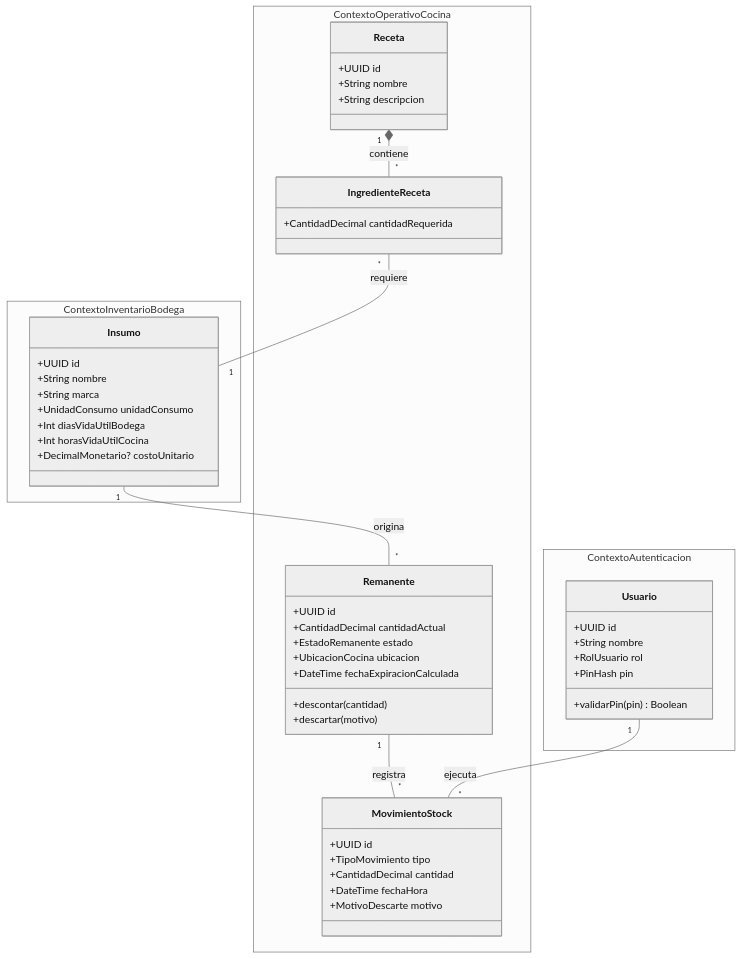
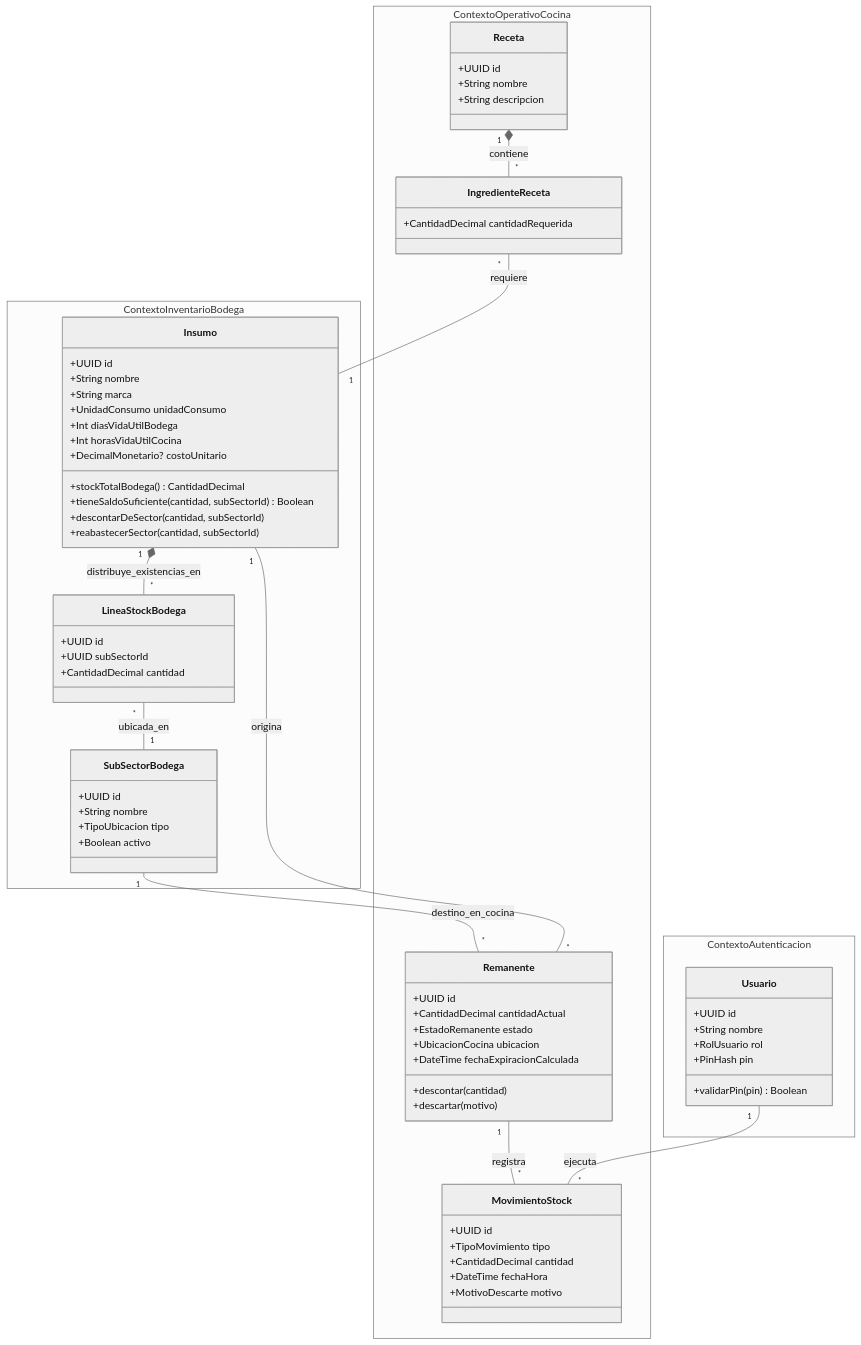
The first of 2 diagrams in docs/02_architecture_design/03_domain_model.md (LIDR-academy/AI4Devs-finalproject), drawn with Mermaid (neutral theme) before and after one commit. The commit also changed other lines of this file and 19 other files, not shown here.

First line of the commit message:
docs(planning): US-025 warehouse multi-sub-sector stock + US-016 spec close [skip-tk]

````diff
--- a/docs/02_architecture_design/03_domain_model.md
+++ b/docs/02_architecture_design/03_domain_model.md
@@ -19,60 +19,80 @@
 ```mermaid
 classDiagram
     namespace ContextoAutenticacion {
         class Usuario {
             +UUID id
             +String nombre
             +RolUsuario rol
             +PinHash pin
             +validarPin(pin) Boolean
         }
     }
 
     namespace ContextoInventarioBodega {
         class Insumo {
             +UUID id
             +String nombre
             +String marca
             +UnidadConsumo unidadConsumo
             +Int diasVidaUtilBodega
             +Int horasVidaUtilCocina
             +DecimalMonetario? costoUnitario
+            +stockTotalBodega() CantidadDecimal
+            +tieneSaldoSuficiente(cantidad, subSectorId) Boolean
+            +descontarDeSector(cantidad, subSectorId)
+            +reabastecerSector(cantidad, subSectorId)
+        }
+
+        class LineaStockBodega {
+            +UUID id
+            +UUID subSectorId
+            +CantidadDecimal cantidad
+        }
+
+        class SubSectorBodega {
+            +UUID id
+            +String nombre
+            +TipoUbicacion tipo
+            +Boolean activo
         }
     }
 
     namespace ContextoOperativoCocina {
         class Remanente {
             +UUID id
             +CantidadDecimal cantidadActual
             +EstadoRemanente estado
             +UbicacionCocina ubicacion
             +DateTime fechaExpiracionCalculada
             +descontar(cantidad)
             +descartar(motivo)
         }
 
         class Receta {
             +UUID id
             +String nombre
             +String descripcion
         }
 
         class IngredienteReceta {
             +CantidadDecimal cantidadRequerida
         }
 
         class MovimientoStock {
             +UUID id
             +TipoMovimiento tipo
             +CantidadDecimal cantidad
             +DateTime fechaHora
             +MotivoDescarte motivo
         }
     }
 
+    Insumo "1" *-- "*" LineaStockBodega : distribuye_existencias_en
+    LineaStockBodega "*" -- "1" SubSectorBodega : ubicada_en
+    SubSectorBodega "1" -- "*" Remanente : destino_en_cocina
     Insumo "1" -- "*" Remanente : origina
     Receta "1" *-- "*" IngredienteReceta : contiene
     IngredienteReceta "*" -- "1" Insumo : requiere
     Remanente "1" -- "*" MovimientoStock : registra
     Usuario "1" -- "*" MovimientoStock : ejecuta
 ```
````
